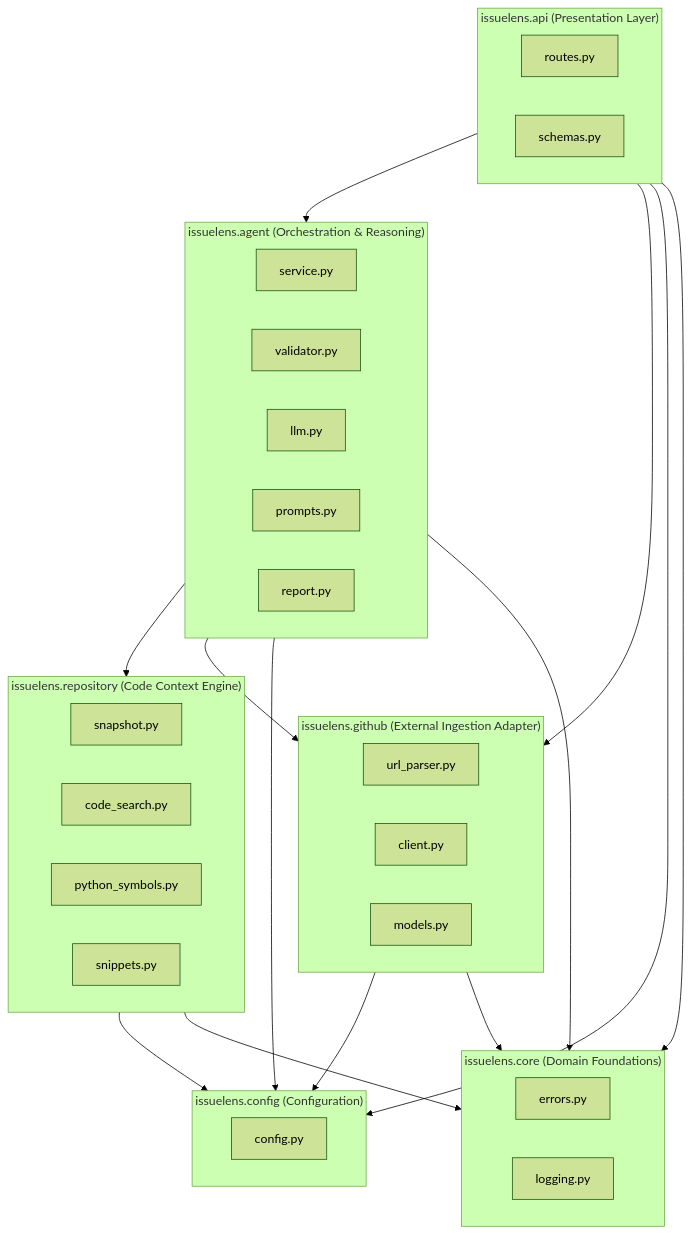
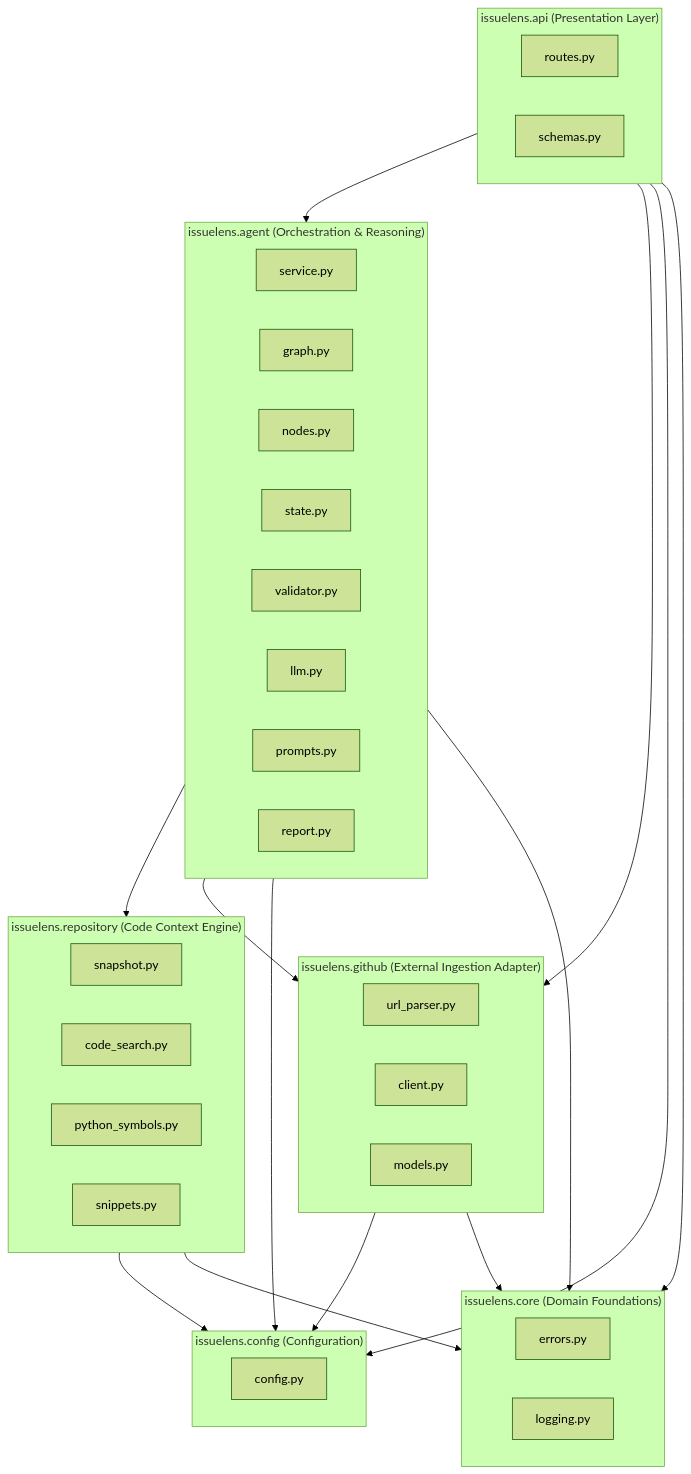
The diagram in docs/architecture/codebase-map.md (vishwaskotegar/Issuelens), drawn with Mermaid (forest theme) before and after one commit. The commit also changed other lines of this file and 23 other files, not shown here.

````diff
--- a/docs/architecture/codebase-map.md
+++ b/docs/architecture/codebase-map.md
@@ -11,54 +11,57 @@
 ```mermaid
 flowchart TD
     subgraph API["issuelens.api (Presentation Layer)"]
         Routes["routes.py"]
         Schemas["schemas.py"]
     end
 
     subgraph Agent["issuelens.agent (Orchestration & Reasoning)"]
         Service["service.py"]
+        Graph["graph.py"]
+        Nodes["nodes.py"]
+        State["state.py"]
         Validator["validator.py"]
         LLM["llm.py"]
         Prompts["prompts.py"]
         ReportModels["report.py"]
     end
 
     subgraph Repository["issuelens.repository (Code Context Engine)"]
         Snapshot["snapshot.py"]
         CodeSearch["code_search.py"]
         PythonSymbols["python_symbols.py"]
         Snippets["snippets.py"]
     end
 
     subgraph GitHub["issuelens.github (External Ingestion Adapter)"]
         URLParser["url_parser.py"]
         GitHubClient["client.py"]
         GitHubModels["models.py"]
     end
 
     subgraph Core["issuelens.core (Domain Foundations)"]
         Errors["errors.py"]
         Logging["logging.py"]
     end
 
     subgraph Config["issuelens.config (Configuration)"]
         Settings["config.py"]
     end
 
     %% Dependencies
     API --> Agent
     API --> GitHub
     API --> Config
     API --> Core
 
     Agent --> Repository
     Agent --> GitHub
     Agent --> Config
     Agent --> Core
 
     Repository --> Config
     Repository --> Core
 
     GitHub --> Config
     GitHub --> Core
 ```
````
